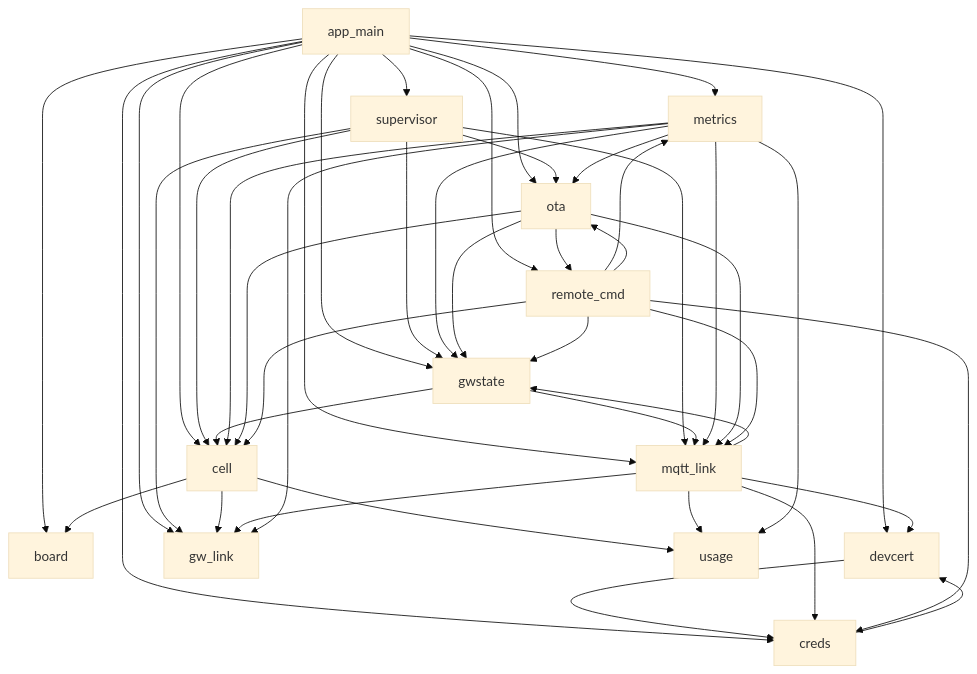
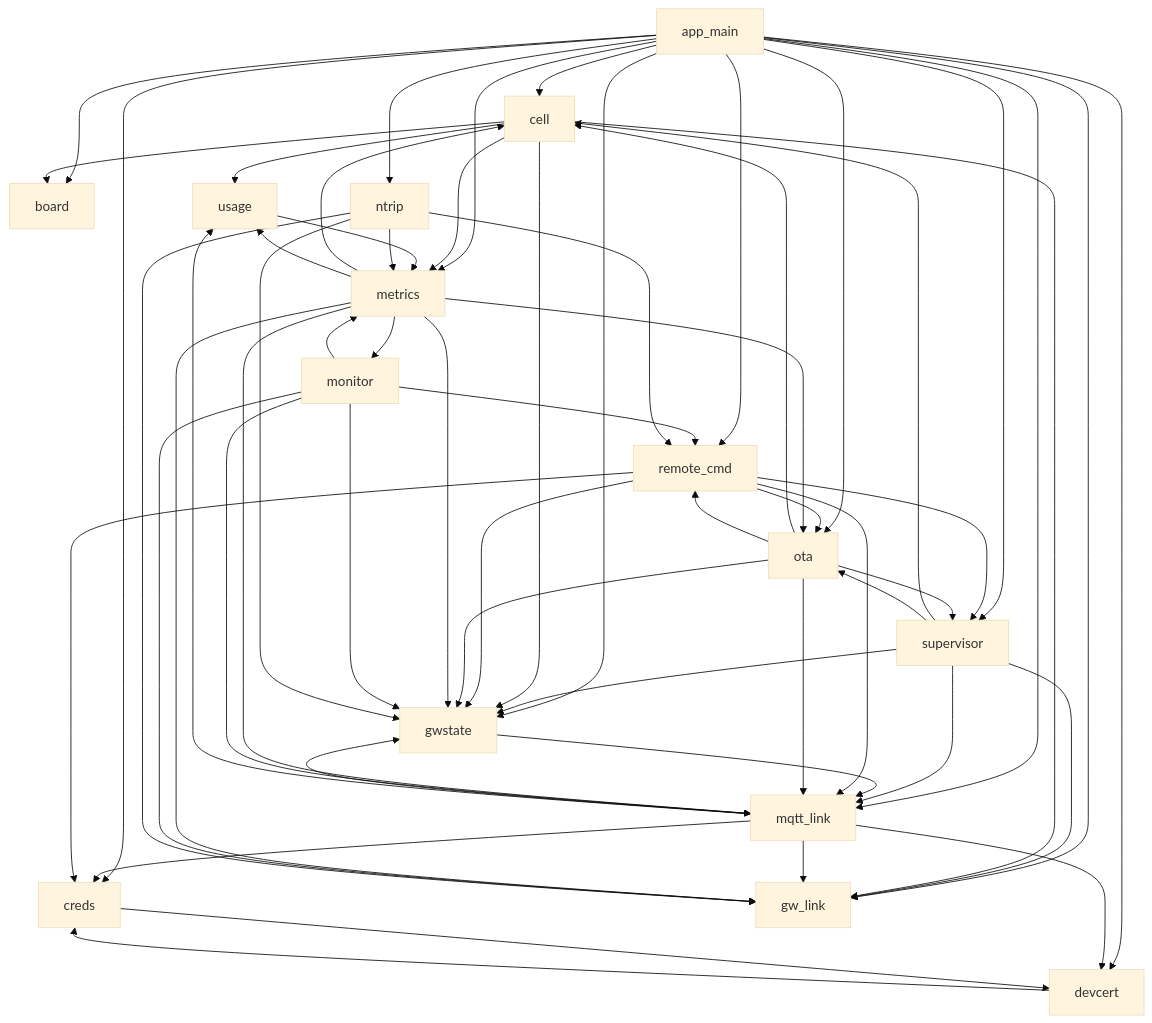
One commit to rmx-lt/rmx-mower-gateway changed the first of 3 diagrams in wiki/Mower-Gateway-Architecture.md. Above: the diagram before and after it, drawn with Mermaid (base theme). The commit also changed other lines of this file, not shown here.

First line of the commit message:
Architecture page describes the code after the refactor (#73)

````diff
--- a/wiki/Mower-Gateway-Architecture.md
+++ b/wiki/Mower-Gateway-Architecture.md
@@ -36,14 +42,16 @@
 ```mermaid
 graph TD
-  app_main --> board & cell & devcert & creds & gwstate & metrics & mqtt_link & ota & remote_cmd & gw_link & supervisor
+  app_main --> board & cell & devcert & creds & gwstate & metrics & mqtt_link & ota & remote_cmd & gw_link & supervisor & ntrip
   supervisor --> gw_link & cell & gwstate & mqtt_link & ota
-  cell & mqtt_link & metrics --> gw_link
-  cell --> board & usage
+  cell --> board & usage & gw_link & gwstate & metrics
+  mqtt_link --> creds & devcert & gw_link & gwstate & usage
+  gwstate --> mqtt_link
+  remote_cmd --> creds & gwstate & mqtt_link & ota & supervisor
+  ota --> cell & gwstate & mqtt_link & remote_cmd & supervisor
+  metrics --> cell & gw_link & gwstate & monitor & mqtt_link & ota & usage
+  monitor --> gw_link & gwstate & metrics & mqtt_link & remote_cmd
+  usage --> metrics
+  ntrip --> gw_link & gwstate & metrics & remote_cmd
   creds --> devcert
   devcert --> creds
-  mqtt_link --> creds & devcert & gwstate & usage
-  gwstate --> cell & mqtt_link
-  metrics --> cell & gwstate & mqtt_link & ota & usage
-  ota --> cell & gwstate & mqtt_link & remote_cmd
-  remote_cmd --> cell & creds & gwstate & metrics & mqtt_link & ota
 ```
````
